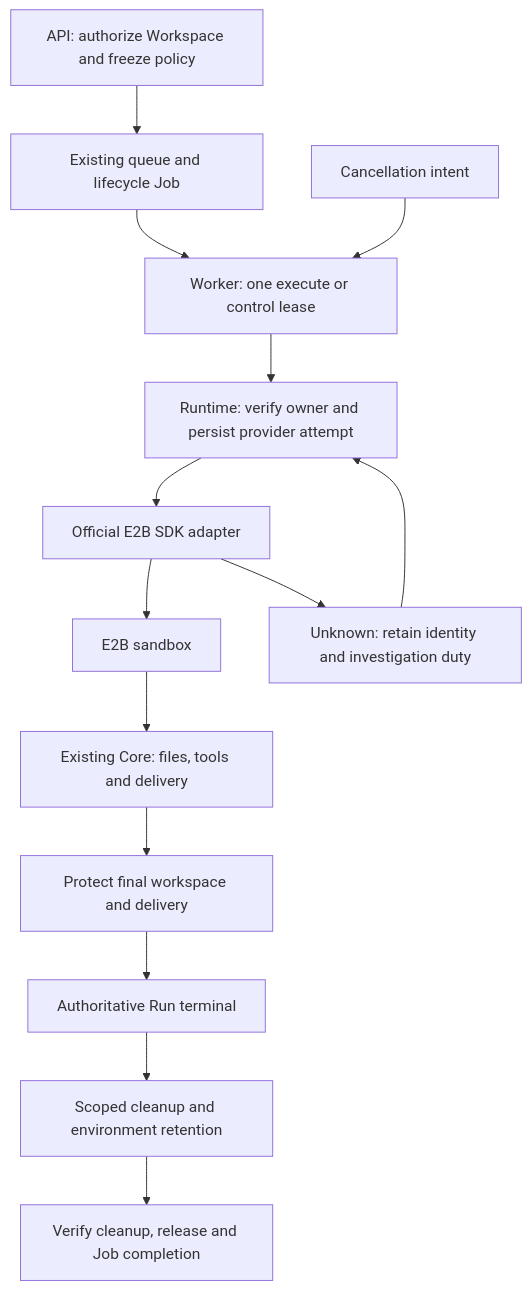
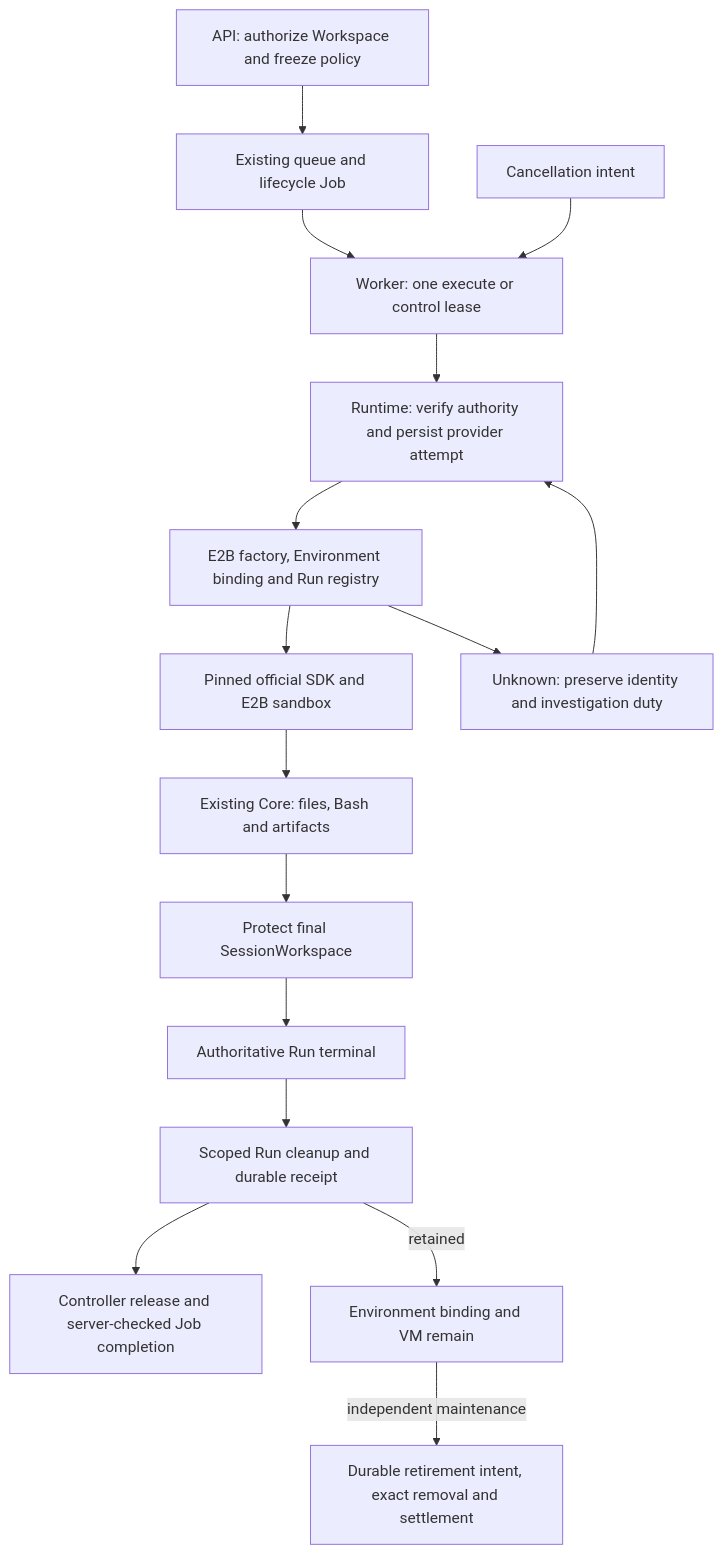
Before and after one commit to EchoTrigger/centaeris: the first of 2 diagrams in docs/development/E2BExecutionIntegration.md, drawn with Mermaid. The commit also changed other lines of this file and 16 other files, not shown here.

```diff
--- a/docs/development/E2BExecutionIntegration.md
+++ b/docs/development/E2BExecutionIntegration.md
@@ -47,16 +49,18 @@
 ~~~mermaid
 flowchart TD
     A["API: authorize Workspace and freeze policy"] --> B["Existing queue and lifecycle Job"]
     B --> C["Worker: one execute or control lease"]
-    C --> D["Runtime: verify owner and persist provider attempt"]
-    D --> E["Official E2B SDK adapter"]
-    E --> F["E2B sandbox"]
-    F --> G["Existing Core: files, tools and delivery"]
-    G --> H["Protect final workspace and delivery"]
+    C --> D["Runtime: verify authority and persist provider attempt"]
+    D --> E["E2B factory, Environment binding and Run registry"]
+    E --> F["Pinned official SDK and E2B sandbox"]
+    F --> G["Existing Core: files, Bash and artifacts"]
+    G --> H["Protect final SessionWorkspace"]
     H --> T["Authoritative Run terminal"]
-    T --> I["Scoped cleanup and environment retention"]
-    I --> J["Verify cleanup, release and Job completion"]
+    T --> I["Scoped Run cleanup and durable receipt"]
+    I --> J["Controller release and server-checked Job completion"]
+    I -->|"retained"| P["Environment binding and VM remain"]
+    P -->|"independent maintenance"| R["Durable retirement intent, exact removal and settlement"]
     K["Cancellation intent"] --> C
-    E --> L["Unknown: retain identity and investigation duty"]
+    E --> L["Unknown: preserve identity and investigation duty"]
     L --> D
 ~~~
```
